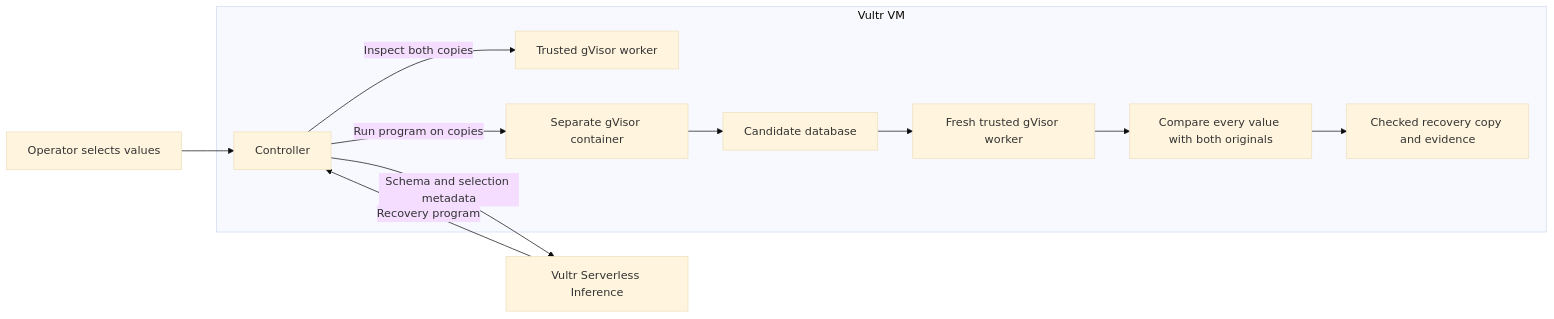
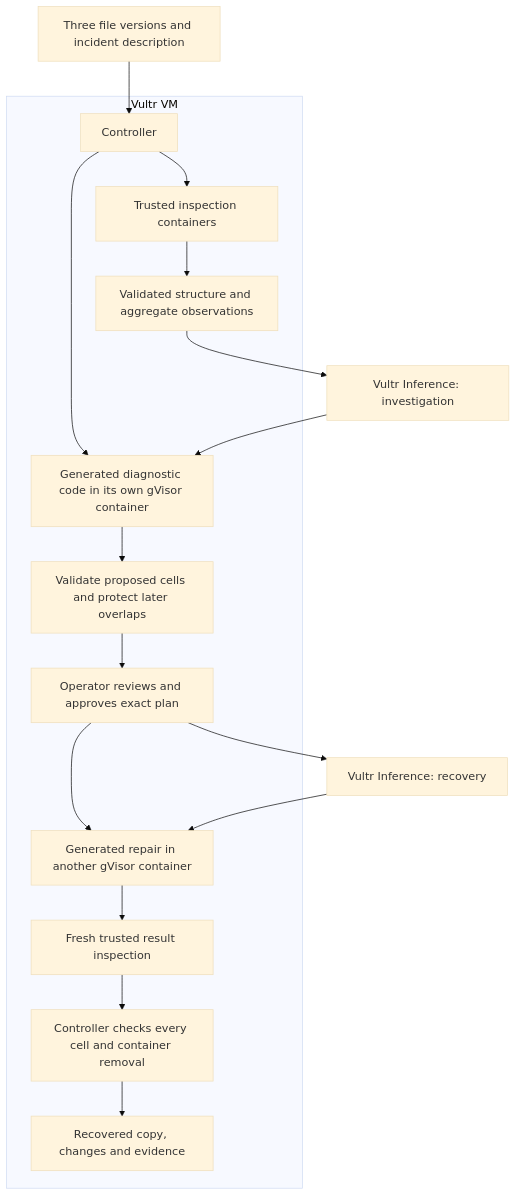
The diagram in README.md (NSEVEjk0/rewind-vultr), drawn with Mermaid (base theme) before and after one commit. The commit also changed other lines of this file and 30 other files, not shown here.

Commit message:
Investigate CSV imports and protect later edits with precise recovery

````diff
--- a/README.md
+++ b/README.md
@@ -53,14 +70,19 @@
 ```mermaid
-flowchart LR
-    U[Operator selects values] --> C
-    M[Vultr Serverless Inference] -->|Recovery program| C
+flowchart TB
+    U[Three file versions and incident description] --> C
     subgraph VM[Vultr VM]
-        C[Controller] -->|Inspect both copies| I[Trusted gVisor worker]
-        C -->|Run program on copies| R[Separate gVisor container]
-        R --> O[Candidate database]
-        O --> V[Fresh trusted gVisor worker]
-        V --> A[Compare every value with both originals]
-        A --> D[Checked recovery copy and evidence]
+        C[Controller] --> I[Trusted inspection containers]
+        I --> O[Validated structure and aggregate observations]
+        C --> G[Generated diagnostic code in its own gVisor container]
+        G --> P[Validate proposed cells and protect later overlaps]
+        P --> H[Operator reviews and approves exact plan]
+        H --> R[Generated repair in another gVisor container]
+        R --> V[Fresh trusted result inspection]
+        V --> A[Controller checks every cell and container removal]
+        A --> D[Recovered copy, changes and evidence]
     end
-    C -->|Schema and selection metadata| M
+    O --> M1[Vultr Inference: investigation]
+    M1 --> G
+    H --> M2[Vultr Inference: recovery]
+    M2 --> R
 ```
````
